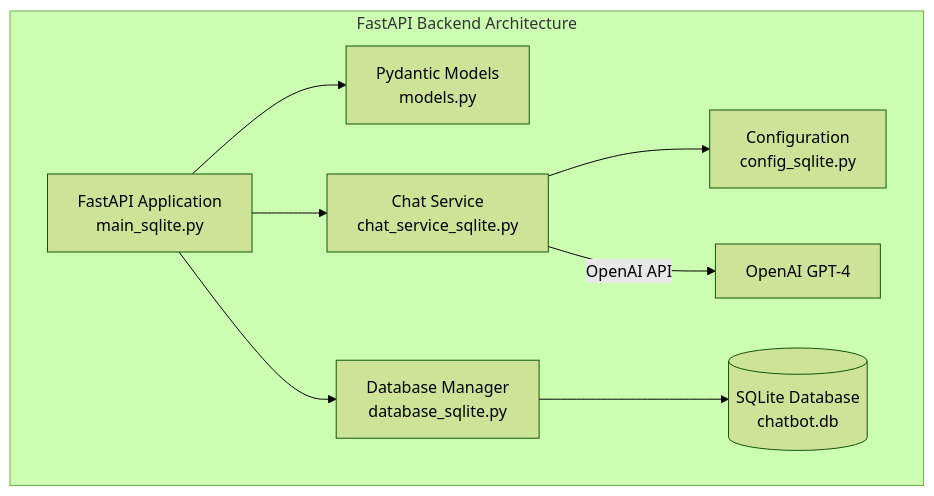
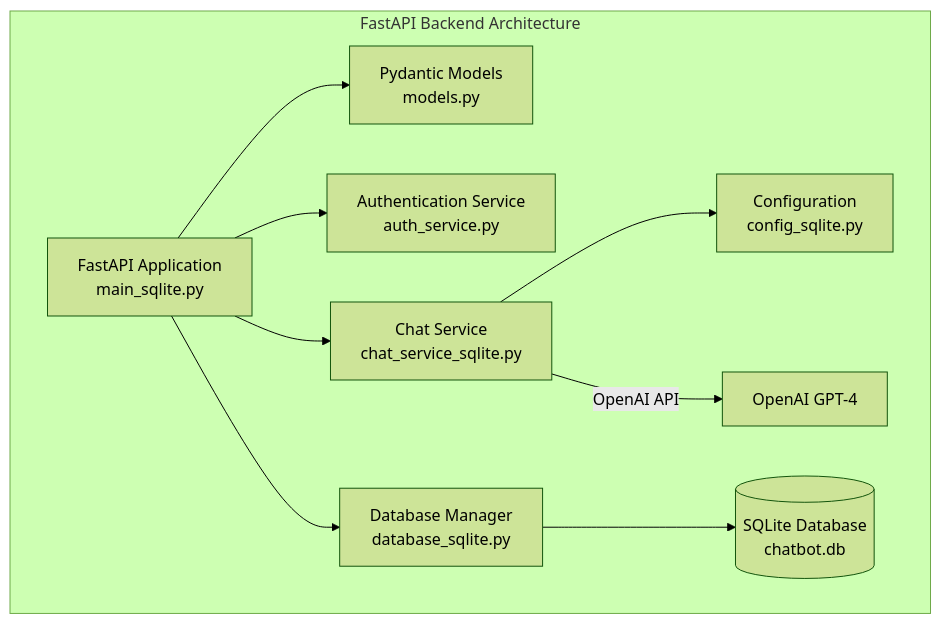
The first of 2 diagrams in backend.md (VimeansethThorng/fastapi-react-typescript-chatbot), drawn with Mermaid (forest theme) before and after one commit. The commit also changed other lines of this file and 9 other files, not shown here.

````diff
--- a/backend.md
+++ b/backend.md
@@ -9,18 +17,20 @@
 ```mermaid
 graph TB
     subgraph "FastAPI Backend Architecture"
         API[FastAPI Application<br/>main_sqlite.py]
         MODELS[Pydantic Models<br/>models.py]
-        SERVICE[Chat Service<br/>chat_service_sqlite.py]
+        AUTH[Authentication Service<br/>auth_service.py]
+        CHAT_SERVICE[Chat Service<br/>chat_service_sqlite.py]
         DB[Database Manager<br/>database_sqlite.py]
         CONFIG[Configuration<br/>config_sqlite.py]
         SQLITE[(SQLite Database<br/>chatbot.db)]
         
         API --> MODELS
-        API --> SERVICE
+        API --> AUTH
+        API --> CHAT_SERVICE
         API --> DB
-        SERVICE --> CONFIG
+        CHAT_SERVICE --> CONFIG
         DB --> SQLITE
-        SERVICE --> |OpenAI API| OPENAI[OpenAI GPT-4]
+        CHAT_SERVICE --> |OpenAI API| OPENAI[OpenAI GPT-4]
     end
 ```
````
